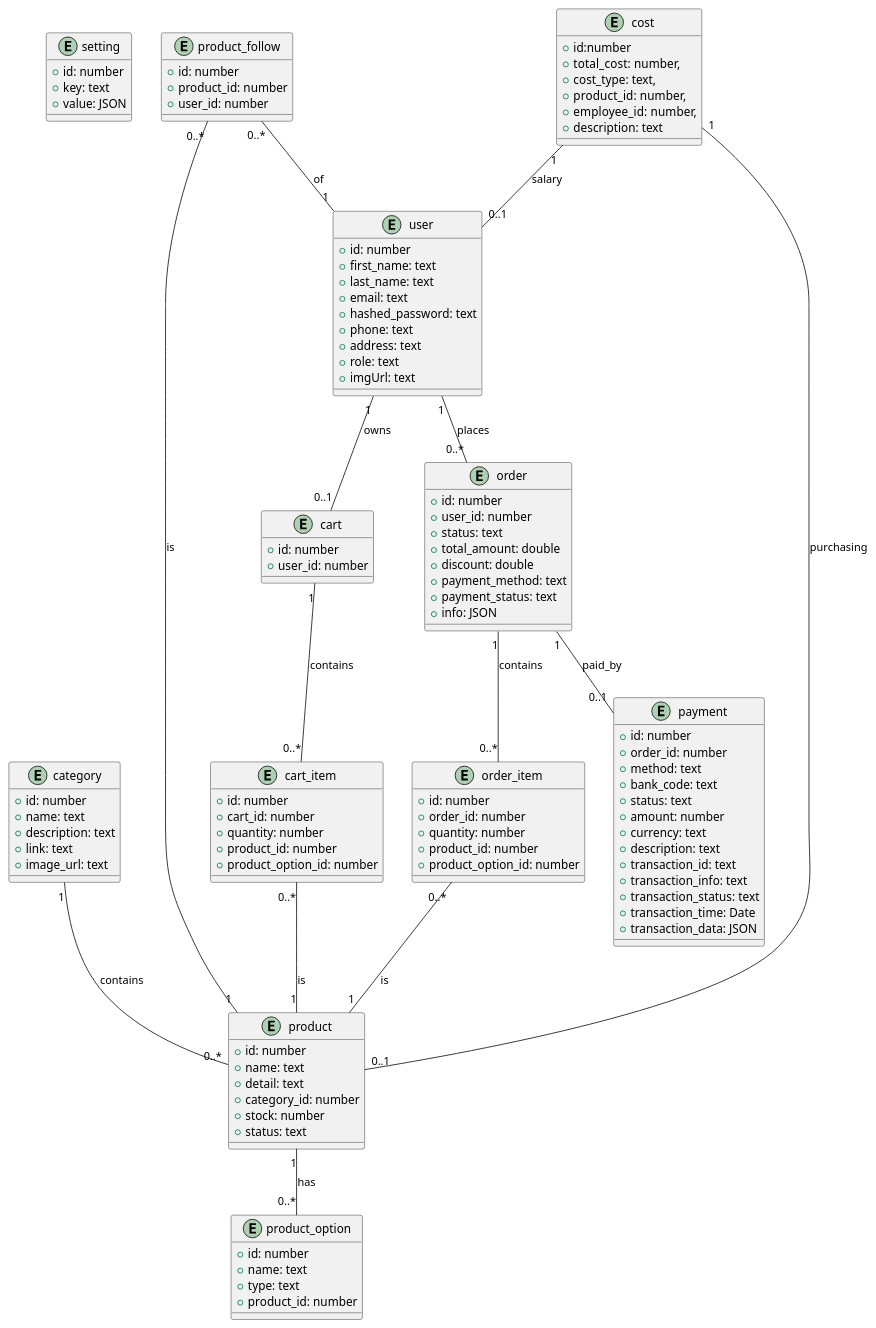
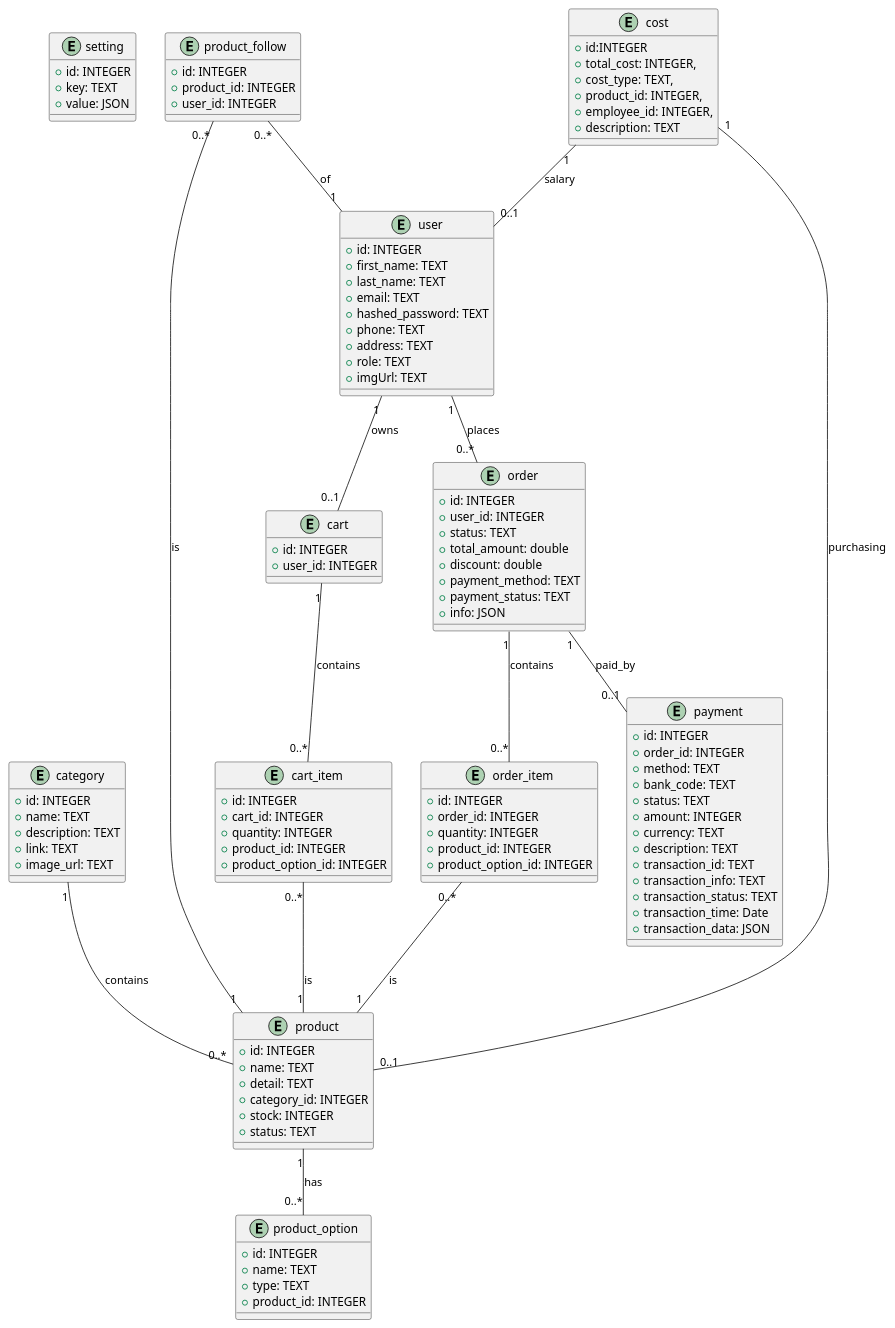
Before and after one commit to vkq2808/car-accessories-eccomerce: the diagram in puml/erd.puml, drawn with PlantUML. The commit also changed 13 other files, not shown here.

Commit message:
refactor by deleting unused function and add some diagram

```diff
--- a/puml/erd.puml
+++ b/puml/erd.puml
@@ -1,122 +1,122 @@
 @startuml class_diagram
 
 entity setting {
-  +id: number
-  +key: text
+  +id: INTEGER
+  +key: TEXT
   +value: JSON
 }
 
 entity category {
-  +id: number
-  +name: text
-  +description: text
-  +link: text
-  +image_url: text
+  +id: INTEGER
+  +name: TEXT
+  +description: TEXT
+  +link: TEXT
+  +image_url: TEXT
 }
 
 entity product {
-  +id: number
-  +name: text
-  +detail: text
-  +category_id: number
-  +stock: number
-  +status: text
+  +id: INTEGER
+  +name: TEXT
+  +detail: TEXT
+  +category_id: INTEGER
+  +stock: INTEGER
+  +status: TEXT
 }
 
 entity product_option {
-  +id: number
-  +name: text
-  +type: text
-  +product_id: number
+  +id: INTEGER
+  +name: TEXT
+  +type: TEXT
+  +product_id: INTEGER
 }
 
 entity cart {
-  +id: number
-  +user_id: number
+  +id: INTEGER
+  +user_id: INTEGER
 }
 
 entity cart_item {
-  +id: number
-  +cart_id: number
-  +quantity: number
-  +product_id: number
-  +product_option_id: number
+  +id: INTEGER
+  +cart_id: INTEGER
+  +quantity: INTEGER
+  +product_id: INTEGER
+  +product_option_id: INTEGER
 }
 
 entity product_follow {
-  +id: number
-  +product_id: number
-  +user_id: number
+  +id: INTEGER
+  +product_id: INTEGER
+  +user_id: INTEGER
 }
 
 entity user {
-  +id: number
-  +first_name: text
-  +last_name: text
-  +email: text
-  +hashed_password: text
-  +phone: text
-  +address: text
-  +role: text
-  +imgUrl: text
+  +id: INTEGER
+  +first_name: TEXT
+  +last_name: TEXT
+  +email: TEXT
+  +hashed_password: TEXT
+  +phone: TEXT
+  +address: TEXT
+  +role: TEXT
+  +imgUrl: TEXT
 }
 
 entity cost {
-  +id:number
-  +total_cost: number,
-  +cost_type: text,
-  +product_id: number,
-  +employee_id: number,
-  +description: text
+  +id:INTEGER
+  +total_cost: INTEGER,
+  +cost_type: TEXT,
+  +product_id: INTEGER,
+  +employee_id: INTEGER,
+  +description: TEXT
 }
 
 entity order {
-  +id: number
-  +user_id: number
-  +status: text
+  +id: INTEGER
+  +user_id: INTEGER
+  +status: TEXT
   +total_amount: double
   +discount: double
-  +payment_method: text
-  +payment_status: text
+  +payment_method: TEXT
+  +payment_status: TEXT
   +info: JSON
 }
 
 entity order_item {
-  +id: number
-  +order_id: number
-  +quantity: number
-  +product_id: number
-  +product_option_id: number
+  +id: INTEGER
+  +order_id: INTEGER
+  +quantity: INTEGER
+  +product_id: INTEGER
+  +product_option_id: INTEGER
 }
 
 entity payment {
-  +id: number
-  +order_id: number
-  +method: text
-  +bank_code: text
-  +status: text
-  +amount: number
-  +currency: text
-  +description: text
-  +transaction_id: text
-  +transaction_info: text
-  +transaction_status: text
+  +id: INTEGER
+  +order_id: INTEGER
+  +method: TEXT
+  +bank_code: TEXT
+  +status: TEXT
+  +amount: INTEGER
+  +currency: TEXT
+  +description: TEXT
+  +transaction_id: TEXT
+  +transaction_info: TEXT
+  +transaction_status: TEXT
   +transaction_time: Date
   +transaction_data: JSON
 }
 
 ' Các mối quan hệ
 category "1" -- "0..*" product : contains
 cart "1" -- "0..*" cart_item : contains
 user "1" -- "0..*" order : places
 user "1" -- "0..1" cart : owns
 order "1" -- "0..*" order_item : contains
 order "1" -- "0..1" payment : paid_by
 product "1" -- "0..*" product_option : has
 cart_item "0..*" -- "1" product : is
 order_item "0..*" -- "1" product : is
 cost "1" -- "0..1" product : purchasing
 cost "1" -- "0..1" user : salary
 product_follow "0..*" -- "1" product : is
 product_follow "0..*" -- "1" user : of
 @enduml
```
